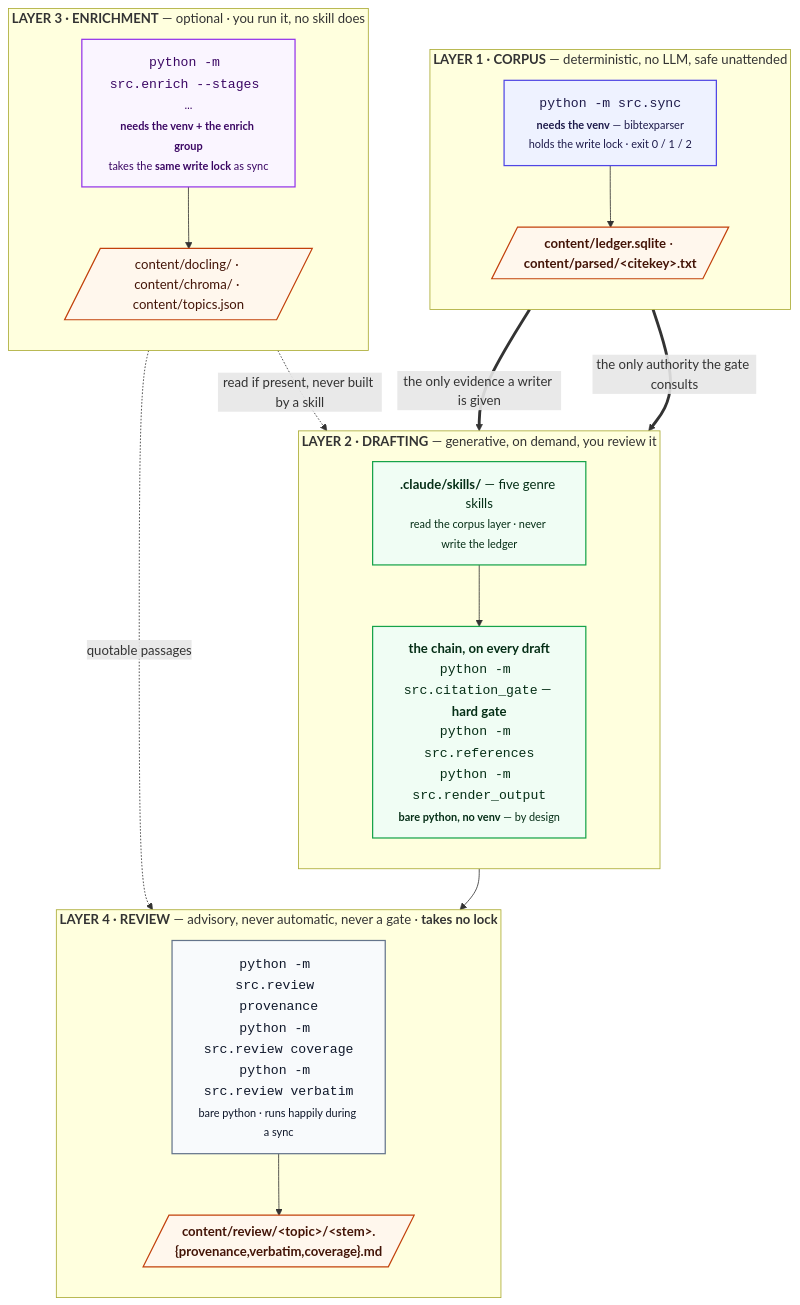
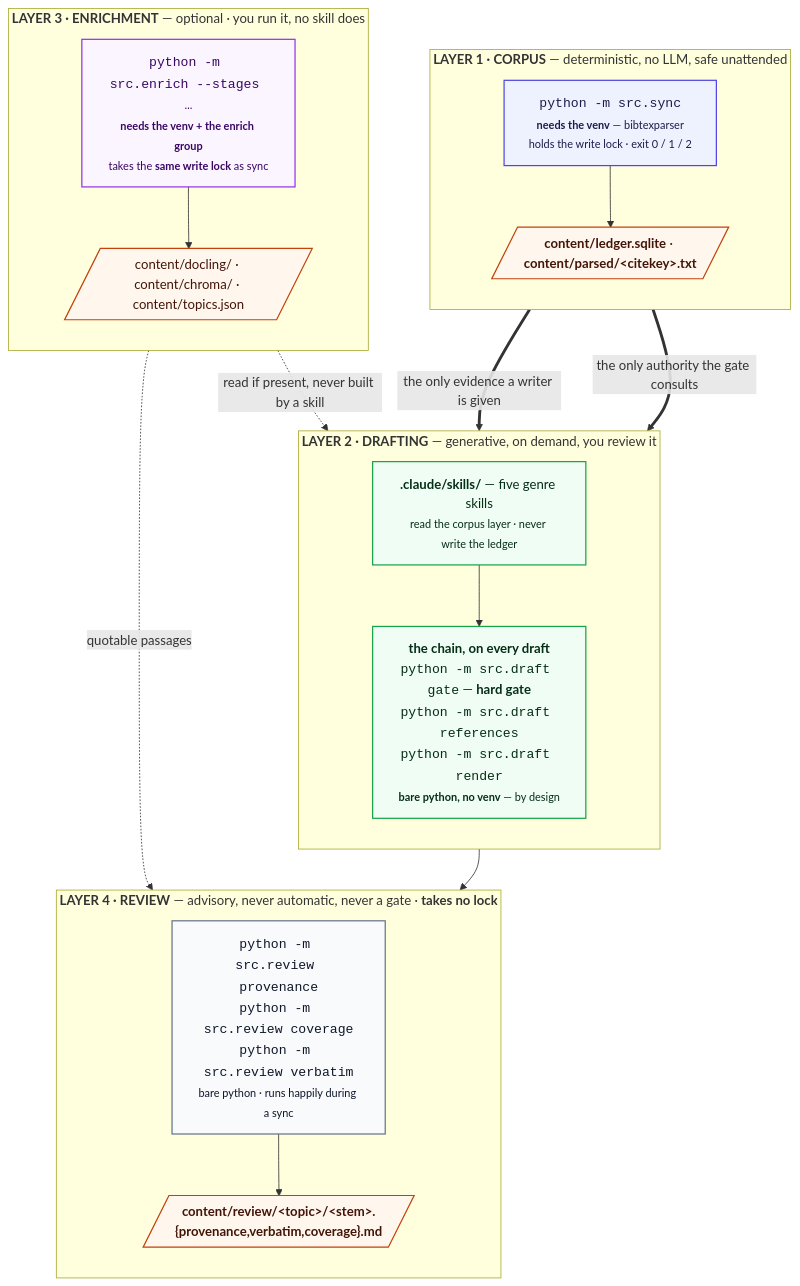
One commit to prasadtalasila/chitragupta changed the diagram in docs/ARCHITECTURE.md. Above: the diagram before and after it, drawn with Mermaid. The commit also changed other lines of this file and 66 other files, not shown here.

````diff
--- a/docs/ARCHITECTURE.md
+++ b/docs/ARCHITECTURE.md
@@ -65,49 +65,49 @@
 ```mermaid
 flowchart TB
 
   subgraph J1["<b>LAYER 1 · CORPUS</b> — deterministic, no LLM, safe unattended"]
     direction TB
     SYNC["<code>python -m src.sync</code><br/><small><b>needs the venv</b> — bibtexparser<br/>holds the write lock · exit 0 / 1 / 2</small>"]
     OUT1[/"<b>content/ledger.sqlite</b> · <b>content/parsed/&lt;citekey&gt;.txt</b>"/]
     SYNC --> OUT1
   end
 
   subgraph J2["<b>LAYER 2 · DRAFTING</b> — generative, on demand, you review it"]
     direction TB
     SKILL["<b>.claude/skills/</b> — five genre skills<br/><small>read the corpus layer · never write the ledger</small>"]
-    CHAIN["<b>the chain, on every draft</b><br/><code>python -m src.citation_gate</code> — <b>hard gate</b><br/><code>python -m src.references</code><br/><code>python -m src.render_output</code><br/><small><b>bare python, no venv</b> — by design</small>"]
+    CHAIN["<b>the chain, on every draft</b><br/><code>python -m src.draft gate</code> — <b>hard gate</b><br/><code>python -m src.draft references</code><br/><code>python -m src.draft render</code><br/><small><b>bare python, no venv</b> — by design</small>"]
     SKILL --> CHAIN
   end
 
   subgraph JH["<b>LAYER 3 · ENRICHMENT</b> — optional · you run it, no skill does"]
     direction TB
     FULL["<code>python -m src.enrich --stages …</code><br/><small><b>needs the venv + the enrich group</b><br/>takes the <b>same write lock</b> as sync</small>"]
     OUT3[/"content/docling/ · content/chroma/ · content/topics.json"/]
     FULL --> OUT3
   end
 
   subgraph AID["<b>LAYER 4 · REVIEW</b> — advisory, never automatic, never a gate · <b>takes no lock</b>"]
     direction TB
     A["<code>python -m src.review provenance</code><br/><code>python -m src.review coverage</code><br/><code>python -m src.review verbatim</code><br/><small>bare python · runs happily during a sync</small>"]
     OUT4[/"<b>content/review/&lt;topic&gt;/&lt;stem&gt;.{provenance,verbatim,coverage}.md</b>"/]
     A --> OUT4
   end
 
   OUT1 == "the only evidence a writer is given" ==> SKILL
   OUT1 == "the only authority the gate consults" ==> CHAIN
   OUT3 -. "read if present, never built by a skill" .-> SKILL
   OUT3 -. "quotable passages" .-> A
   CHAIN --> A
 
   classDef det fill:#eef2ff,stroke:#4f46e5,stroke-width:1.5px,color:#1e1b4b
   classDef gen fill:#f0fdf4,stroke:#16a34a,stroke-width:1.5px,color:#052e16
   classDef heavy fill:#faf5ff,stroke:#9333ea,stroke-width:1.5px,color:#3b0764
   classDef store fill:#fff7ed,stroke:#c2410c,stroke-width:1.5px,color:#431407
   classDef aid fill:#f8fafc,stroke:#64748b,stroke-width:1.5px,color:#0f172a
 
   class SYNC det
   class SKILL,CHAIN gen
   class FULL heavy
   class OUT1,OUT3,OUT4 store
   class A aid
 ```
````
